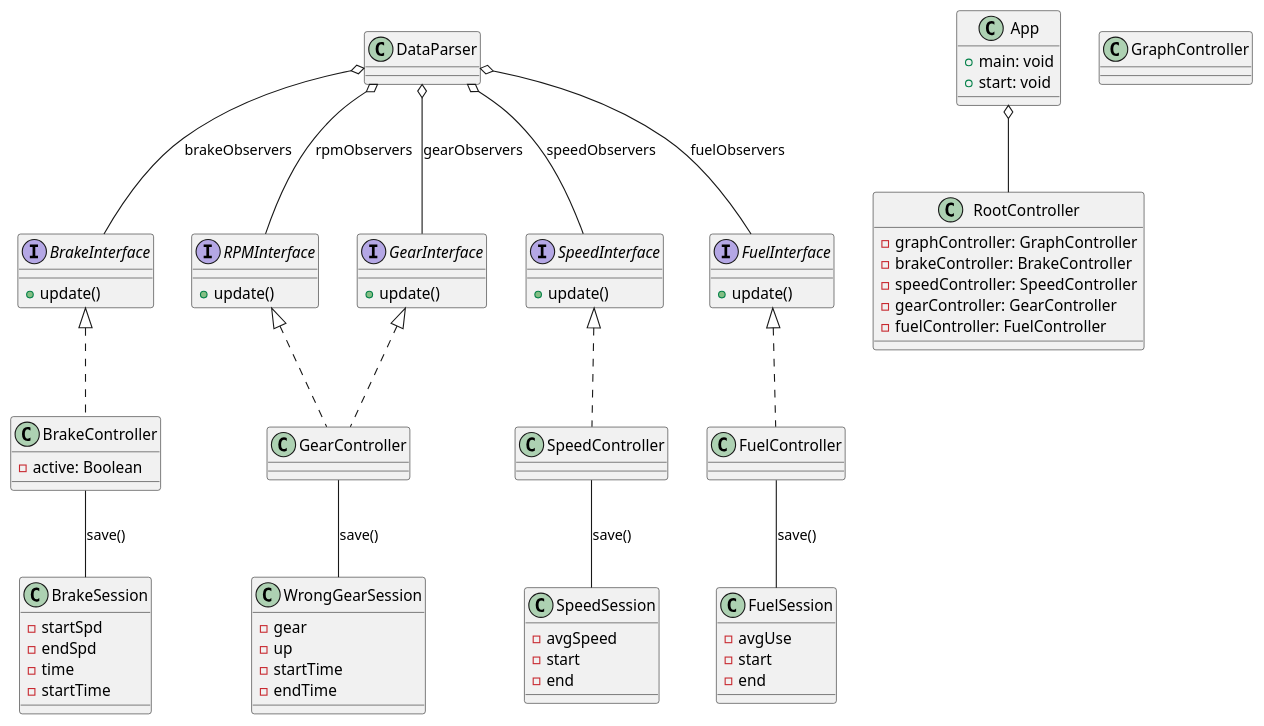
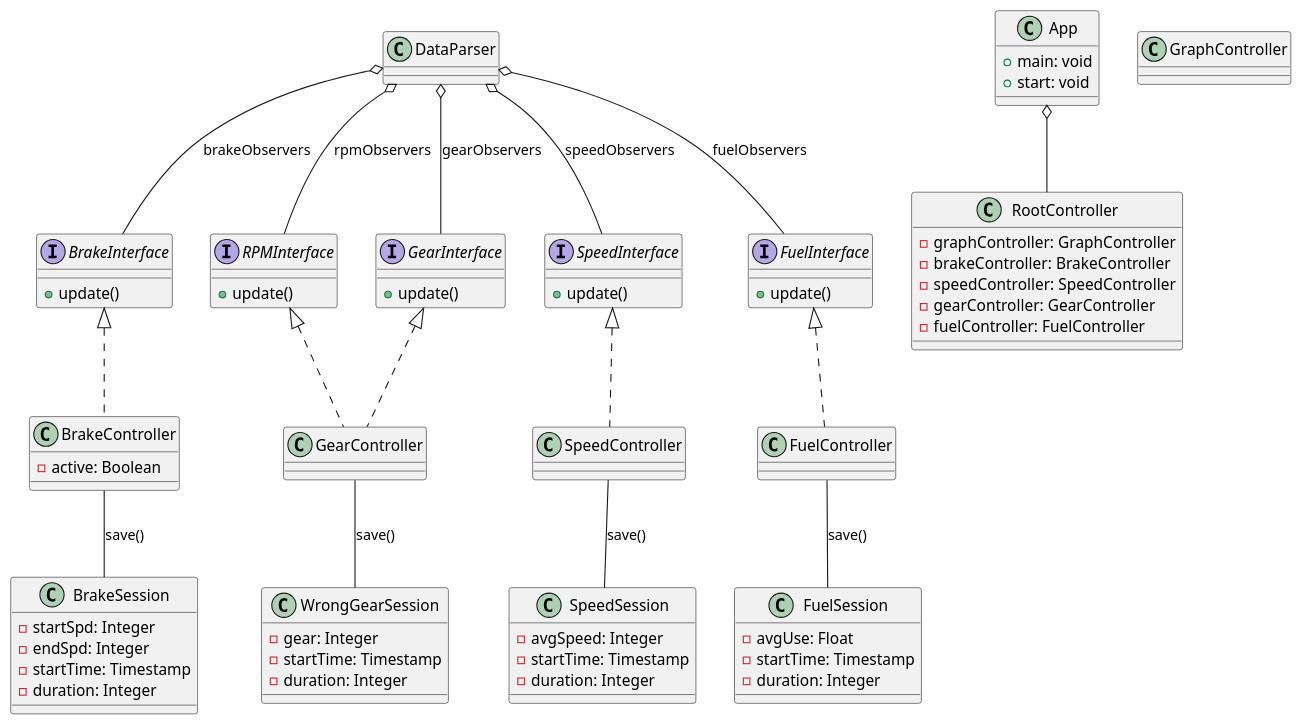
Before and after one commit to TeamBananaCore/Epic: the diagram in diagram.puml, drawn with PlantUML. The commit also changed 1 other file, not shown here.

Commit message:
TEC2 Updated class-diagram, and added *.iml to gitignore

```diff
--- a/diagram.puml
+++ b/diagram.puml
@@ -1,106 +1,105 @@
 @startuml
 
 class DataParser{
 }
 
 class App{
     +main: void
     +start: void
 }
 
 'Controllers
 class RootController{
     -graphController: GraphController
     -brakeController: BrakeController
     -speedController: SpeedController
     -gearController: GearController
     -fuelController: FuelController
 }
 
 class GraphController{
 
 }
 
 class BrakeController{
     -active: Boolean
 }
 
 class GearController{
 }
 
 class SpeedController{
 }
 
 class FuelController{
 }
 
 'Models
 class BrakeSession{
-    -startSpd
-    -endSpd
-    -time
-    -startTime
+    -startSpd: Integer
+    -endSpd: Integer
+    -startTime: Timestamp
+    -duration: Integer
 }
 
 class WrongGearSession{
-    -gear
-    -up
-    -startTime
-    -endTime
+    -gear: Integer
+    -startTime: Timestamp
+    -duration: Integer
 }
 
 class FuelSession{
-    -avgUse
-    -start
-    -end
+    -avgUse: Float
+    -startTime: Timestamp
+    -duration: Integer
 }
 
 class SpeedSession{
-    -avgSpeed
-    -start
-    -end
+    -avgSpeed: Integer
+    -startTime: Timestamp
+    -duration: Integer
 }
 
 'Interfaces
 interface BrakeInterface{
     +update()
 }
 
 interface RPMInterface{
     +update()
 }
 
 interface SpeedInterface{
     +update()
 }
 
 interface GearInterface{
     +update()
 }
 
 interface FuelInterface{
     +update()
 }
 
 'Relations
 BrakeInterface<|..BrakeController
 FuelInterface<|..FuelController
 SpeedInterface<|..SpeedController
 RPMInterface<|..GearController
 GearInterface<|..GearController
 
 DataParser o-- BrakeInterface: brakeObservers
 DataParser o-- RPMInterface: rpmObservers
 DataParser o-- GearInterface: gearObservers
 DataParser o-- SpeedInterface: speedObservers
 DataParser o-- FuelInterface: fuelObservers
 
 BrakeController--BrakeSession:save()
 SpeedController--SpeedSession:save()
 GearController--WrongGearSession:save()
 FuelController--FuelSession:save()
 
 App o-- RootController
 
 
 @enduml
```
